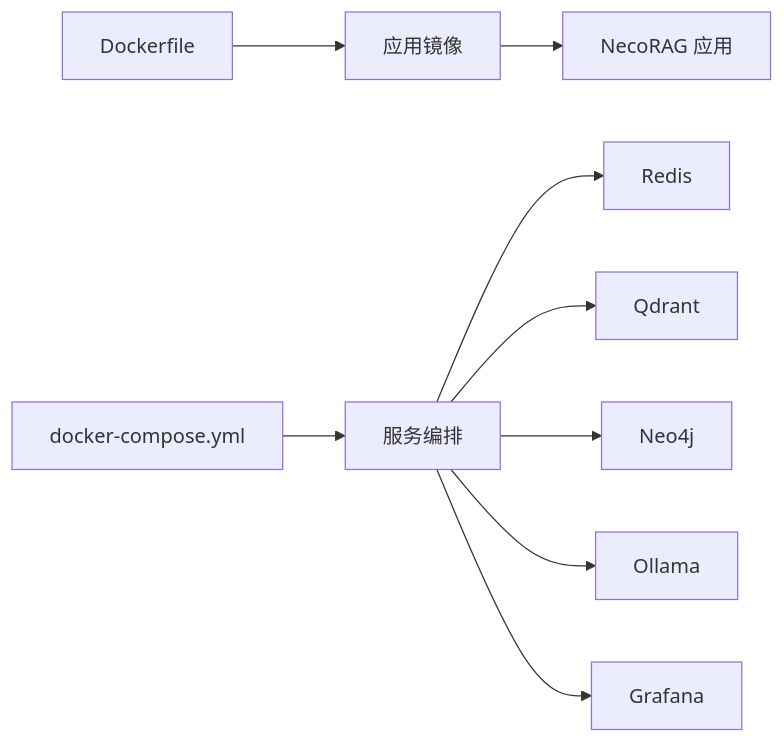
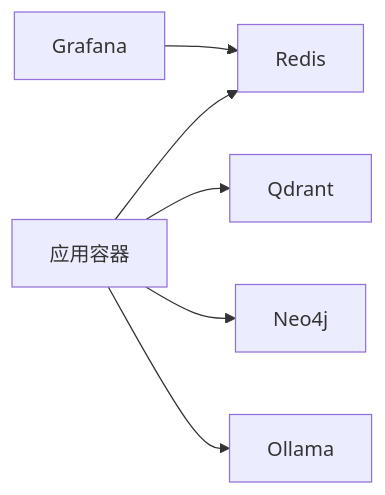
One commit to JieGaoPrinceton/NecoRAG changed the fifth of 5 diagrams in .qoder/repowiki/zh/content/部署与运维/生产环境配置.md. Above: the diagram before and after it, drawn with Mermaid. The commit also changed other lines of this file and 181 other files, not shown here.

````diff
--- a/.qoder/repowiki/zh/content/部署与运维/生产环境配置.md
+++ b/.qoder/repowiki/zh/content/部署与运维/生产环境配置.md
@@ -221,11 +221,8 @@
 ```mermaid
 graph LR
-DF["Dockerfile"] --> IMG["应用镜像"]
-DC["docker-compose.yml"] --> SVC["服务编排"]
-IMG --> APP["NecoRAG 应用"]
-SVC --> REDIS["Redis"]
-SVC --> QDRANT["Qdrant"]
-SVC --> NEO4J["Neo4j"]
-SVC --> OLLAMA["Ollama"]
-SVC --> GRAFANA["Grafana"]
+APP["应用容器"] --> REDIS["Redis"]
+APP --> QDRANT["Qdrant"]
+APP --> NEO4J["Neo4j"]
+APP --> OLLAMA["Ollama"]
+GRAFANA["Grafana"] --> REDIS
 ```
````
